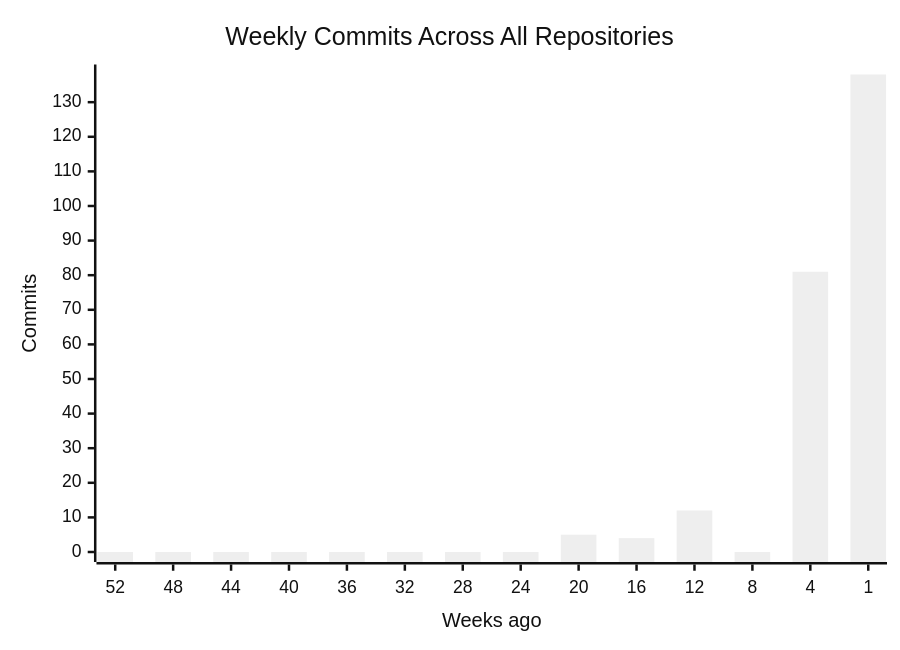
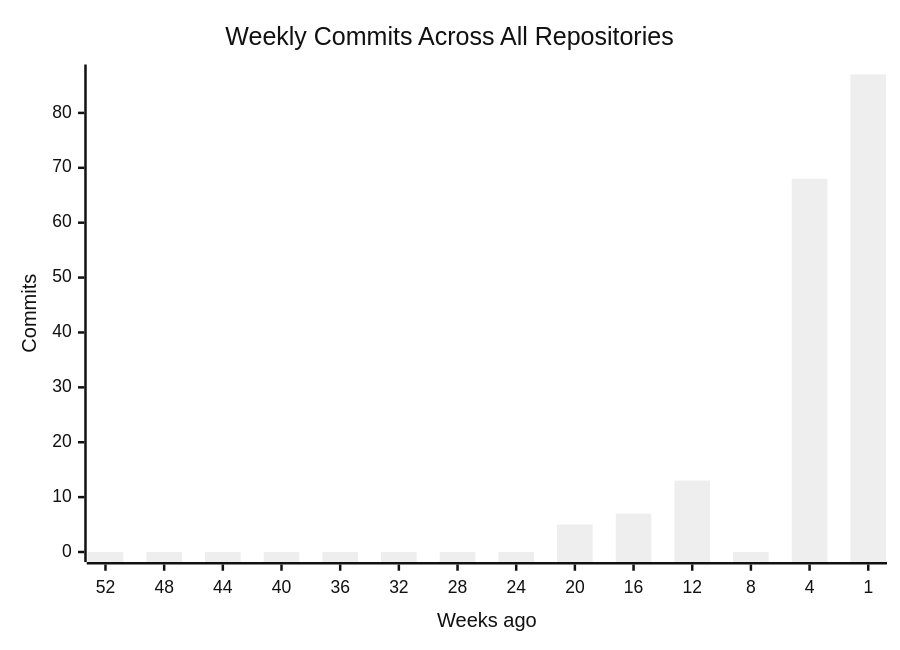
Before and after one commit to CSTH-Projects/.github: the first of 4 diagrams in profile/README.md, drawn with Mermaid (neutral theme). The commit also changed other lines of this file, not shown here.

````diff
--- a/profile/README.md
+++ b/profile/README.md
@@ -16,7 +16,7 @@
 ```mermaid
 xychart-beta
     title "Weekly Commits Across All Repositories"
     x-axis "Weeks ago" [52, 48, 44, 40, 36, 32, 28, 24, 20, 16, 12, 8, 4, 1]
     y-axis "Commits"
-    bar [0, 0, 0, 0, 0, 0, 0, 0, 5, 4, 12, 0, 81, 138]
+    bar [0, 0, 0, 0, 0, 0, 0, 0, 5, 7, 13, 0, 68, 87]
 ```
````
